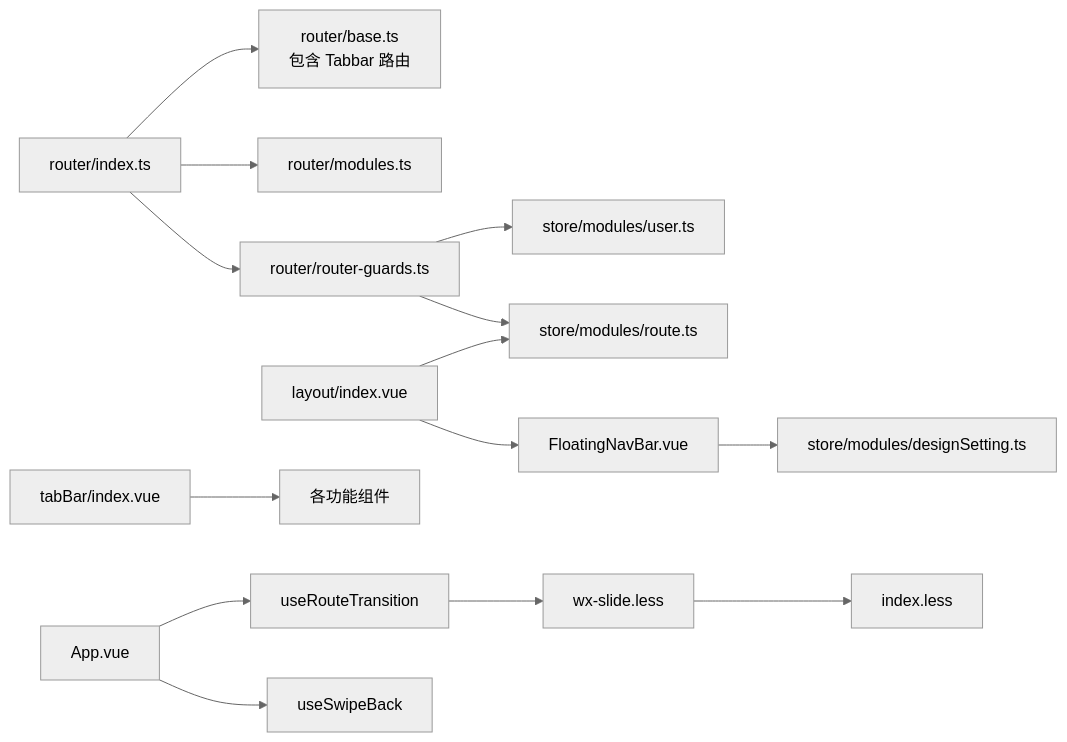
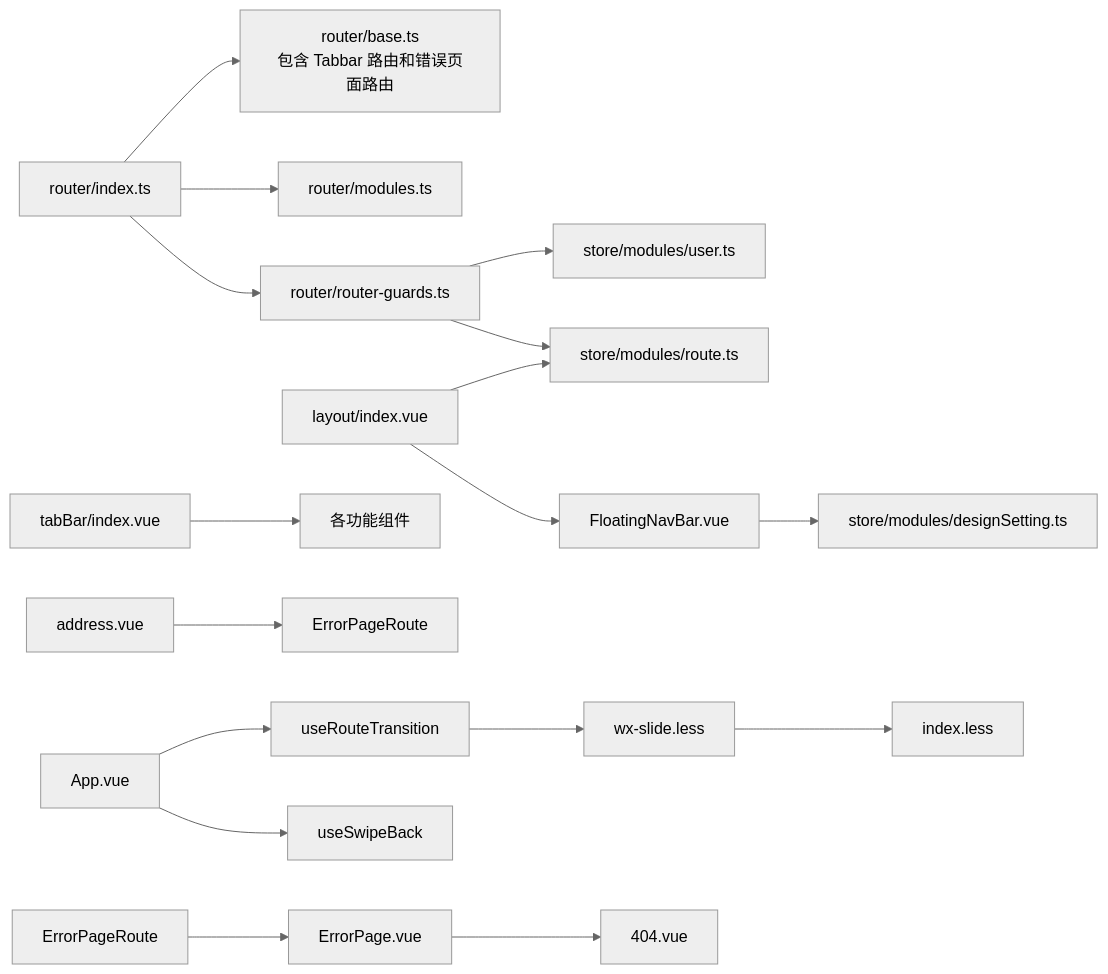
One commit to giserman001/vue3-vant4-mobile changed diagram 12 of 12 in .qoder/repowiki/zh/content/核心系统/路由系统.md. Above: the diagram before and after it, drawn with Mermaid (neutral theme). The commit also changed other lines of this file and 13 other files, not shown here.

````diff
--- a/.qoder/repowiki/zh/content/核心系统/路由系统.md
+++ b/.qoder/repowiki/zh/content/核心系统/路由系统.md
@@ -533,16 +610,19 @@
 ```mermaid
 graph LR
-Router["router/index.ts"] --> Base["router/base.ts<br/>包含 Tabbar 路由"]
+Router["router/index.ts"] --> Base["router/base.ts<br/>包含 Tabbar 路由和错误页面路由"]
 Router --> Modules["router/modules.ts"]
 Router --> Guards["router/router-guards.ts"]
 Guards --> UserStore["store/modules/user.ts"]
 Guards --> RouteStore["store/modules/route.ts"]
 Layout["layout/index.vue"] --> RouteStore
 Layout --> Floating["FloatingNavBar.vue"]
 Floating --> DesignStore["store/modules/designSetting.ts"]
 Tabbar["tabBar/index.vue"] --> Components["各功能组件"]
+Address["address.vue"] --> ErrorRoute["ErrorPageRoute"]
 App["App.vue"] --> TransitionHook["useRouteTransition"]
 App --> SwipeHook["useSwipeBack"]
 TransitionHook --> WxSlide["wx-slide.less"]
 WxSlide --> StyleIndex["index.less"]
+ErrorBase["ErrorPageRoute"] --> ErrorPage["ErrorPage.vue"]
+ErrorPage --> NotFound["404.vue"]
 ```
````
